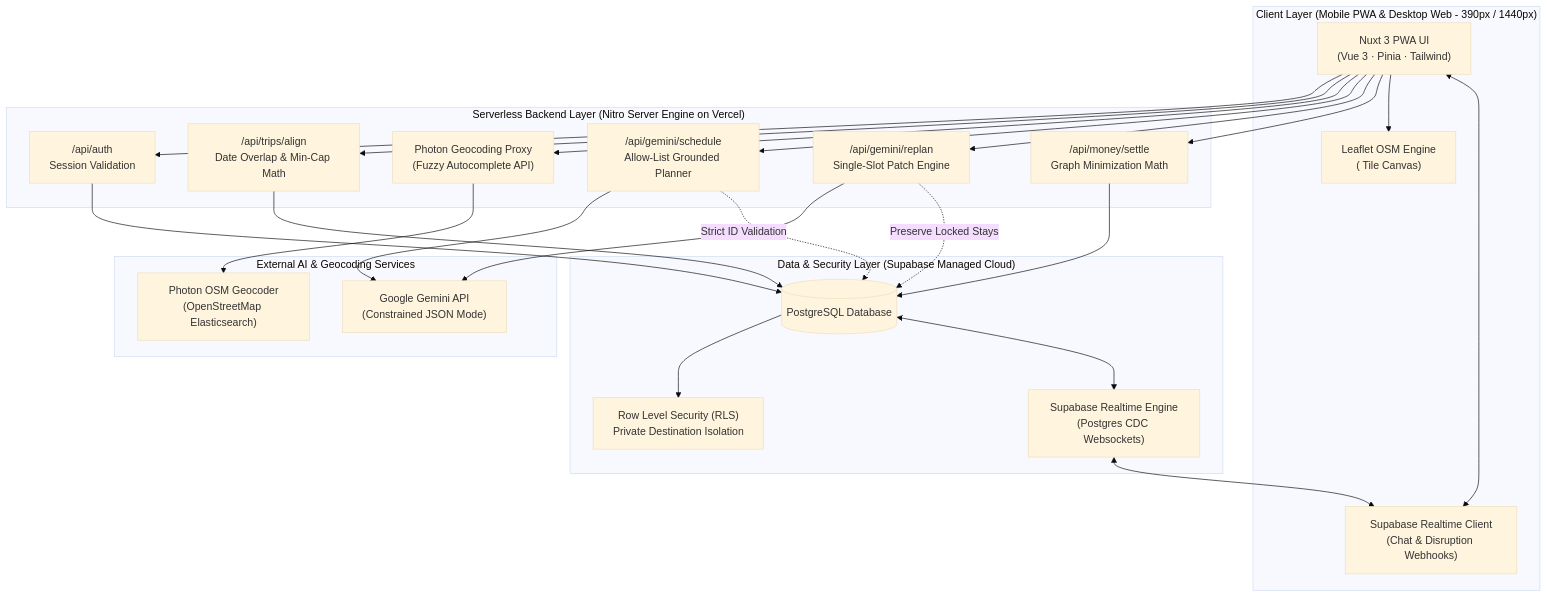
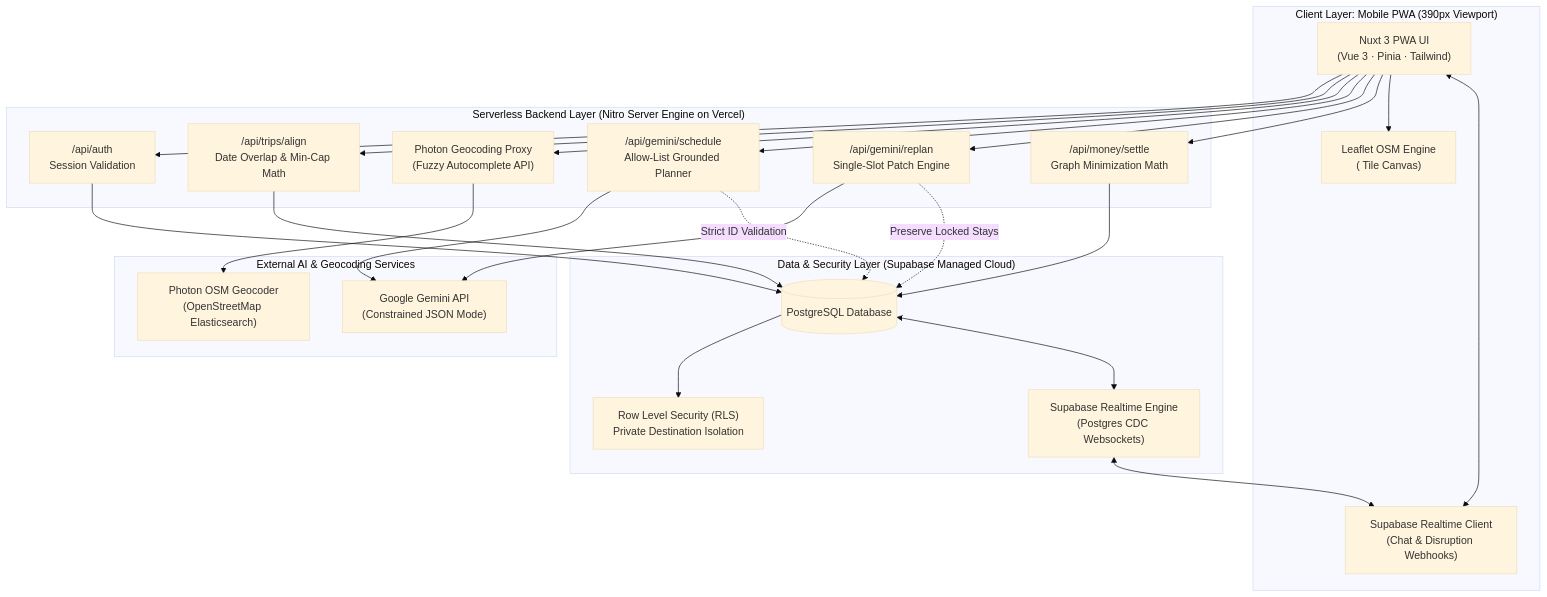
Diagram 15 of 15 in README.md (nlzce/We-are-the-champions_Plan-B), drawn with Mermaid (base theme) before and after one commit. The commit also changed other lines of this file, not shown here.

Commit message:
docs: ensure 100% english, remove cloudflare, focus exclusively on PWA, and validate all mermaid diagrams

````diff
--- a/README.md
+++ b/README.md
@@ -763,51 +759,51 @@
 ```mermaid
 flowchart TD
-  subgraph CLIENT["Client Layer (Mobile PWA & Desktop Web - 390px / 1440px)"]
+  subgraph CLIENT["Client Layer: Mobile PWA (390px Viewport)"]
     UI["Nuxt 3 PWA UI<br/>(Vue 3 · Pinia · Tailwind)"]
     MapClient["Leaflet OSM Engine<br/>(<ClientOnly> Tile Canvas)"]
     RTClient["Supabase Realtime Client<br/>(Chat & Disruption Webhooks)"]
   end
 
   subgraph SERVER["Serverless Backend Layer (Nitro Server Engine on Vercel)"]
     AuthRoute["/api/auth<br/>Session Validation"]
     AlignRoute["/api/trips/align<br/>Date Overlap & Min-Cap Math"]
     GeoRoute["Photon Geocoding Proxy<br/>(Fuzzy Autocomplete API)"]
     GeminiRoute["/api/gemini/schedule<br/>Allow-List Grounded Planner"]
     ReplanRoute["/api/gemini/replan<br/>Single-Slot Patch Engine"]
     DebtRoute["/api/money/settle<br/>Graph Minimization Math"]
   end
 
   subgraph STORAGE["Data & Security Layer (Supabase Managed Cloud)"]
     DB[(PostgreSQL Database)]
     RLS["Row Level Security (RLS)<br/>Private Destination Isolation"]
     RTServer["Supabase Realtime Engine<br/>(Postgres CDC Websockets)"]
   end
 
   subgraph EXTERNAL["External AI & Geocoding Services"]
     GeminiAPI["Google Gemini API<br/>(Constrained JSON Mode)"]
     PhotonAPI["Photon OSM Geocoder<br/>(OpenStreetMap Elasticsearch)"]
   end
 
   UI --> AuthRoute
   UI --> AlignRoute
   UI --> GeoRoute
   UI --> GeminiRoute
   UI --> ReplanRoute
   UI --> DebtRoute
   UI --> MapClient
   UI <--> RTClient
 
   GeoRoute --> PhotonAPI
   GeminiRoute --> GeminiAPI
   ReplanRoute --> GeminiAPI
 
   GeminiRoute -.->|Strict ID Validation| DB
   ReplanRoute -.->|Preserve Locked Stays| DB
 
   AuthRoute --> DB
   AlignRoute --> DB
   DebtRoute --> DB
   DB --> RLS
   DB <--> RTServer
   RTServer <--> RTClient
 ```
````
